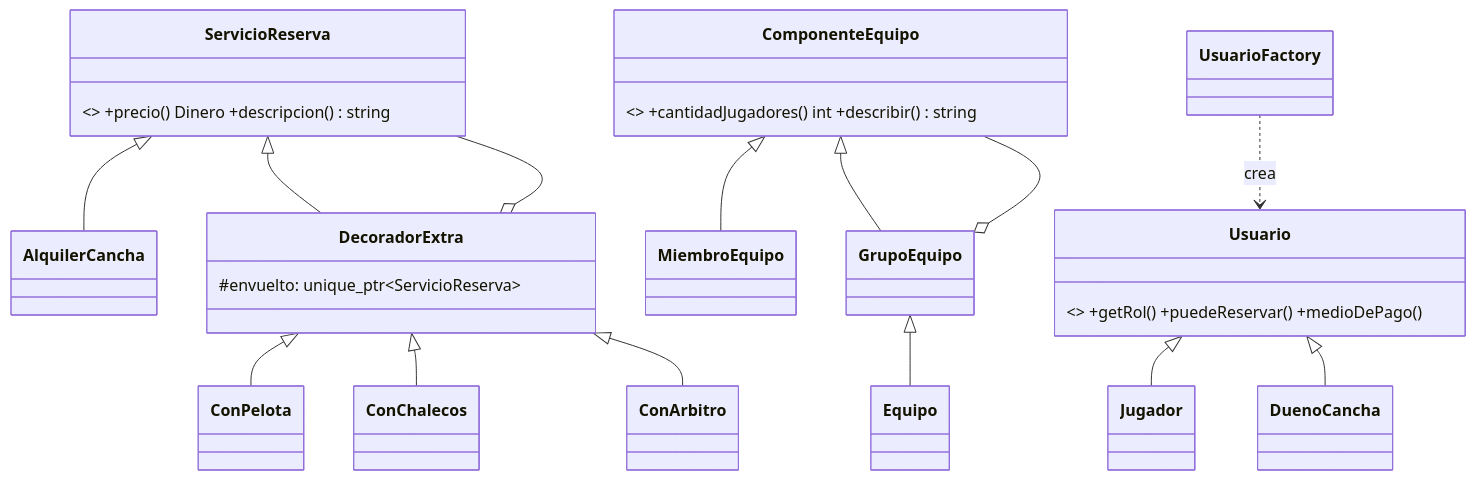
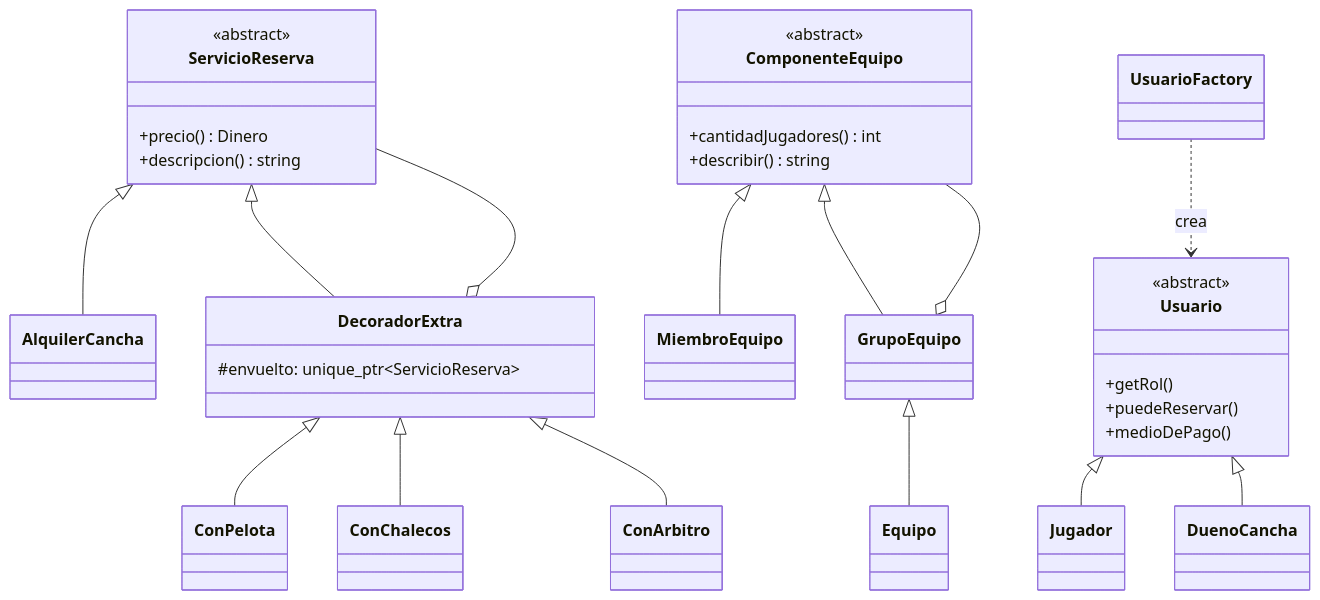
Before and after one commit to elkinramos8/matchpoint: the fourth of 5 diagrams in README.md, drawn with Mermaid. The commit also changed other lines of this file, not shown here.

````diff
--- a/README.md
+++ b/README.md
@@ -238,23 +236,38 @@
 ```mermaid
 classDiagram
-    class ServicioReserva { <<abstract>> +precio() Dinero +descripcion() string }
+    class ServicioReserva {
+        <<abstract>>
+        +precio() Dinero
+        +descripcion() string
+    }
     class AlquilerCancha
-    class DecoradorExtra { #envuelto: unique_ptr~ServicioReserva~ }
+    class DecoradorExtra {
+        #envuelto: unique_ptr~ServicioReserva~
+    }
     ServicioReserva <|-- AlquilerCancha
     ServicioReserva <|-- DecoradorExtra
     DecoradorExtra <|-- ConPelota
     DecoradorExtra <|-- ConChalecos
     DecoradorExtra <|-- ConArbitro
     DecoradorExtra o-- ServicioReserva
 
-    class ComponenteEquipo { <<abstract>> +cantidadJugadores() int +describir() string }
+    class ComponenteEquipo {
+        <<abstract>>
+        +cantidadJugadores() int
+        +describir() string
+    }
     ComponenteEquipo <|-- MiembroEquipo
     ComponenteEquipo <|-- GrupoEquipo
     GrupoEquipo <|-- Equipo
     GrupoEquipo o-- ComponenteEquipo
 
-    class Usuario { <<abstract>> +getRol() +puedeReservar() +medioDePago() }
+    class Usuario {
+        <<abstract>>
+        +getRol()
+        +puedeReservar()
+        +medioDePago()
+    }
     Usuario <|-- Jugador
     Usuario <|-- DuenoCancha
     UsuarioFactory ..> Usuario : crea
 ```
````
